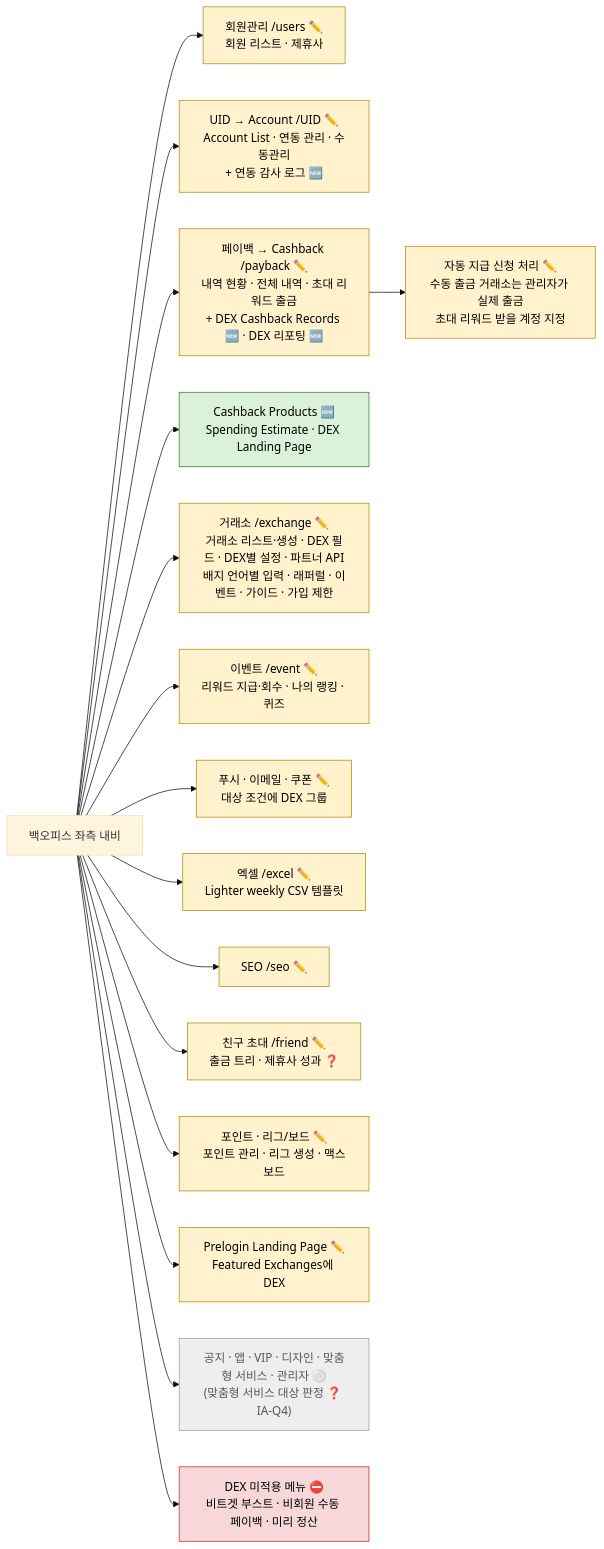
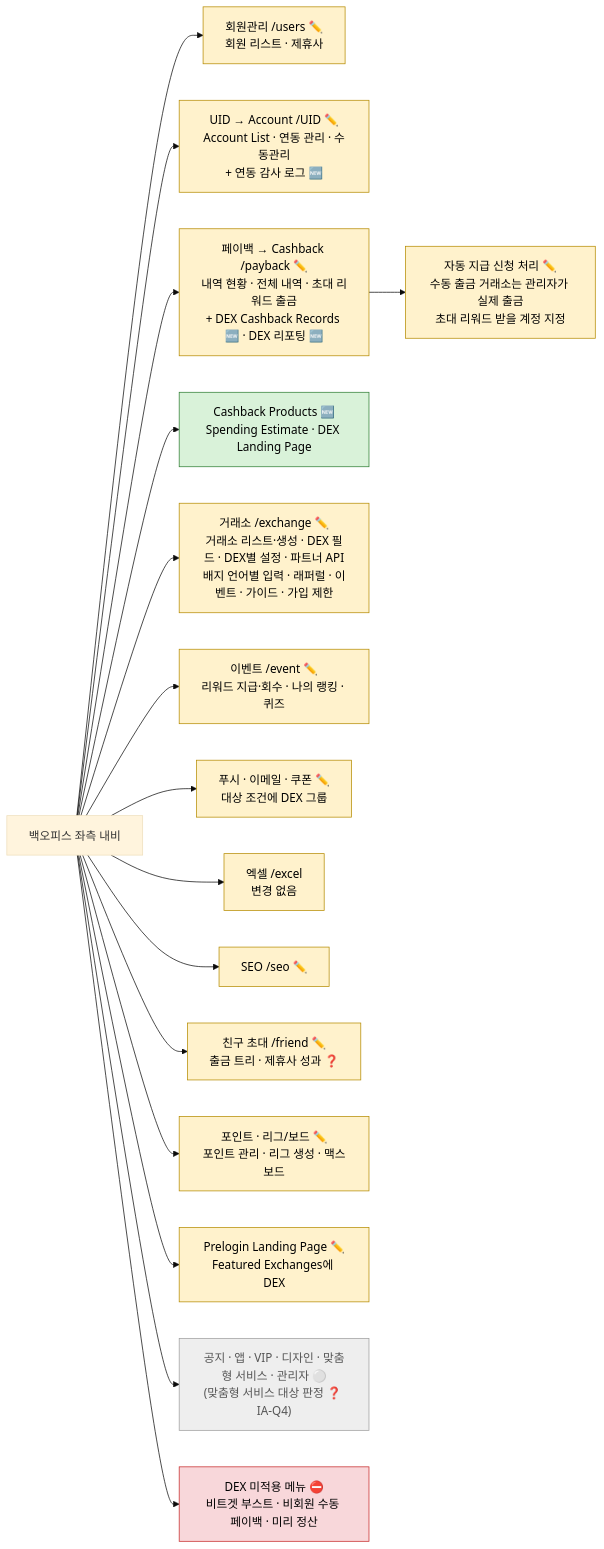
Before and after one commit to matthewforwork1213-collab/dex: the first of 6 diagrams in 02.기획문서/정보구조도_백오피스.md, drawn with Mermaid (base theme). The commit also changed other lines of this file and 831 other files, not shown here.

````diff
--- a/02.기획문서/정보구조도_백오피스.md
+++ b/02.기획문서/정보구조도_백오피스.md
@@ -46,24 +46,24 @@
 ```mermaid
 flowchart LR
     classDef new fill:#d9f2d9,stroke:#2e7d32,color:#000
     classDef chg fill:#fff2cc,stroke:#b58b00,color:#000
     classDef keep fill:#eeeeee,stroke:#9e9e9e,color:#555
     classDef no fill:#f8d7da,stroke:#c62828,color:#000
 
     BO["백오피스 좌측 내비"]
     BO --> M["회원관리 /users ✏️<br/>회원 리스트 · 제휴사"]:::chg
     BO --> AC["UID → Account /UID ✏️<br/>Account List · 연동 관리 · 수동관리<br/>+ 연동 감사 로그 🆕"]:::chg
     BO --> CB["페이백 → Cashback /payback ✏️<br/>내역 현황 · 전체 내역 · 초대 리워드 출금<br/>+ DEX Cashback Records 🆕 · DEX 리포팅 🆕"]:::chg
     CB --> AUTO["자동 지급 신청 처리 ✏️<br/>수동 출금 거래소는 관리자가 실제 출금<br/>초대 리워드 받을 계정 지정"]:::chg
     BO --> CP["Cashback Products 🆕<br/>Spending Estimate · DEX Landing Page"]:::new
     BO --> EX["거래소 /exchange ✏️<br/>거래소 리스트·생성 · DEX 필드 · DEX별 설정 · 파트너 API<br/>배지 언어별 입력 · 래퍼럴 · 이벤트 · 가이드 · 가입 제한"]:::chg
     BO --> EV["이벤트 /event ✏️<br/>리워드 지급·회수 · 나의 랭킹 · 퀴즈"]:::chg
     BO --> MSG["푸시 · 이메일 · 쿠폰 ✏️<br/>대상 조건에 DEX 그룹"]:::chg
-    BO --> XL["엑셀 /excel ✏️<br/>Lighter weekly CSV 템플릿"]:::chg
+    BO --> XL["엑셀 /excel<br/>변경 없음"]:::chg
     BO --> SEO["SEO /seo ✏️"]:::chg
     BO --> FR["친구 초대 /friend ✏️<br/>출금 트리 · 제휴사 성과 ❓"]:::chg
     BO --> PTL["포인트 · 리그/보드 ✏️<br/>포인트 관리 · 리그 생성 · 맥스보드"]:::chg
     BO --> PLP["Prelogin Landing Page ✏️<br/>Featured Exchanges에 DEX"]:::chg
     BO --> KEEP["공지 · 앱 · VIP · 디자인 · 맞춤형 서비스 · 관리자 ⚪<br/>(맞춤형 서비스 대상 판정 ❓ IA-Q4)"]:::keep
     BO --> NOB["DEX 미적용 메뉴 ⛔<br/>비트겟 부스트 · 비회원 수동 페이백 · 미리 정산"]:::no
 ```
````
